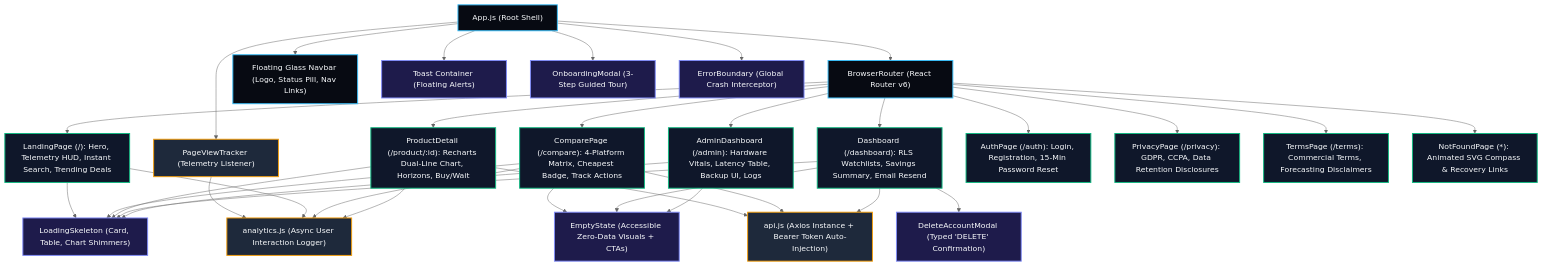
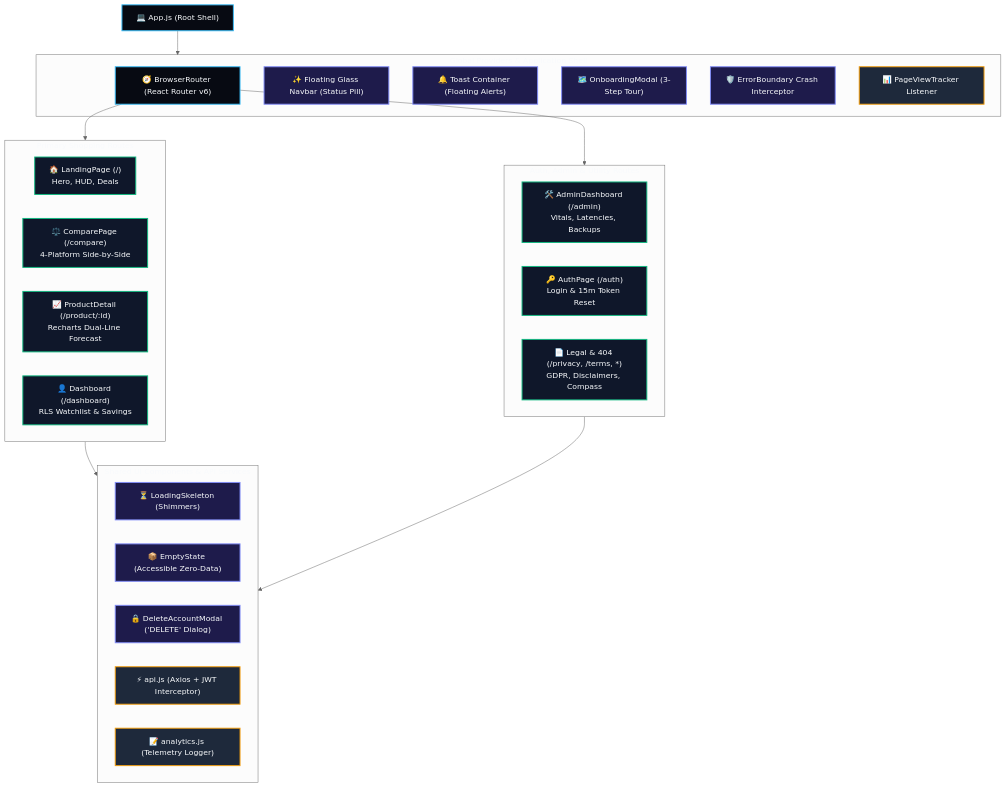
Before and after one commit to satwik-chaurasiya/MINI-PROJECT: the sixth of 6 diagrams in README.md, drawn with Mermaid (neutral theme). The commit also changed other lines of this file, not shown here.

````diff
--- a/README.md
+++ b/README.md
@@ -430,35 +431,47 @@
 ```mermaid
 graph TD
     classDef root fill:#070a12,stroke:#38bdf8,stroke-width:2px,color:#f8fafc;
     classDef route fill:#0f172a,stroke:#10b981,stroke-width:2px,color:#f8fafc;
     classDef comp fill:#1e1b4b,stroke:#818cf8,stroke-width:2px,color:#f8fafc;
     classDef service fill:#1e293b,stroke:#f59e0b,stroke-width:2px,color:#f8fafc;
 
-    App["App.js (Root Shell)"]:::root
+    App["💻 App.js (Root Shell)"]:::root
 
-    %% Global Providers & Shell Components
-    App --> Router["BrowserRouter (React Router v6)"]:::root
-    App --> Nav["Floating Glass Navbar (Logo, Status Pill, Nav Links)"]:::root
-    App --> PageTracker["PageViewTracker (Telemetry Listener)"]:::service
-    App --> ToastHost["Toast Container (Floating Alerts)"]:::comp
-    App --> Onboarding["OnboardingModal (3-Step Guided Tour)"]:::comp
-    App --> ErrorBound["ErrorBoundary (Global Crash Interceptor)"]:::comp
+    subgraph ShellLayer ["Global Providers & Application Shell"]
+        Router["🧭 BrowserRouter (React Router v6)"]:::root
+        Nav["✨ Floating Glass Navbar (Status Pill)"]:::comp
+        ToastHost["🔔 Toast Container (Floating Alerts)"]:::comp
+        Onboarding["🗺️ OnboardingModal (3-Step Tour)"]:::comp
+        ErrorBound["🛡️ ErrorBoundary Crash Interceptor"]:::comp
+        PageTracker["📊 PageViewTracker Listener"]:::service
+    end
 
-    %% Routed Pages
-    Router --> Landing["LandingPage (/): Hero, Telemetry HUD, Instant Search, Trending Deals"]:::route
-    Router --> Compare["ComparePage (/compare): 4-Platform Matrix, Cheapest Badge, Track Actions"]:::route
-    Router --> Product["ProductDetail (/product/:id): Recharts Dual-Line Chart, Horizons, Buy/Wait"]:::route
-    Router --> Dashboard["Dashboard (/dashboard): RLS Watchlists, Savings Summary, Email Resend"]:::route
-    Router --> Admin["AdminDashboard (/admin): Hardware Vitals, Latency Table, Backup UI, Logs"]:::route
-    Router --> Auth["AuthPage (/auth): Login, Registration, 15-Min Password Reset"]:::route
-    Router --> Privacy["PrivacyPage (/privacy): GDPR, CCPA, Data Retention Disclosures"]:::route
-    Router --> Terms["TermsPage (/terms): Commercial Terms, Forecasting Disclaimers"]:::route
-    Router --> NotFound["NotFoundPage (*): Animated SVG Compass & Recovery Links"]:::route
+    App --> ShellLayer
 
-    %% Shared UI-UX Pro Max Components
-    Landing & Compare & Product & Dashboard & Admin --> Skeletons["LoadingSkeleton (Card, Table, Chart Shimmers)"]:::comp
-    Compare & Dashboard & Admin --> Empty["EmptyState (Accessible Zero-Data Visuals + CTAs)"]:::comp
-    Dashboard --> DeleteModal["DeleteAccountModal (Typed 'DELETE' Confirmation)"]:::comp
-    Product & Compare & Dashboard --> APIClient["api.js (Axios Instance + Bearer Token Auto-Injection)"]:::service
-    PageTracker & Landing & Compare & Product --> AnalyticsClient["analytics.js (Async User Interaction Logger)"]:::service
+    subgraph UserRoutes ["Primary Shopping Routes"]
+        Landing["🏠 LandingPage (/)<br/>Hero, HUD, Deals"]:::route
+        Compare["⚖️ ComparePage (/compare)<br/>4-Platform Side-by-Side"]:::route
+        Product["📈 ProductDetail (/product/:id)<br/>Recharts Dual-Line Forecast"]:::route
+        Dashboard["👤 Dashboard (/dashboard)<br/>RLS Watchlist & Savings"]:::route
+    end
+
+    subgraph SystemRoutes ["Auth, Admin & Utility Routes"]
+        Admin["🛠️ AdminDashboard (/admin)<br/>Vitals, Latencies, Backups"]:::route
+        Auth["🔑 AuthPage (/auth)<br/>Login & 15m Token Reset"]:::route
+        Legal["📄 Legal & 404 (/privacy, /terms, *)<br/>GDPR, Disclaimers, Compass"]:::route
+    end
+
+    Router --> UserRoutes
+    Router --> SystemRoutes
+
+    subgraph SharedKit ["Shared UI Components & API Services"]
+        Skeletons["⏳ LoadingSkeleton (Shimmers)"]:::comp
+        Empty["📦 EmptyState (Accessible Zero-Data)"]:::comp
+        Modals["🔒 DeleteAccountModal ('DELETE' Dialog)"]:::comp
+        APIClient["⚡ api.js (Axios + JWT Interceptor)"]:::service
+        AnalyticsClient["📝 analytics.js (Telemetry Logger)"]:::service
+    end
+
+    UserRoutes --> SharedKit
+    SystemRoutes --> SharedKit
 ```
````
